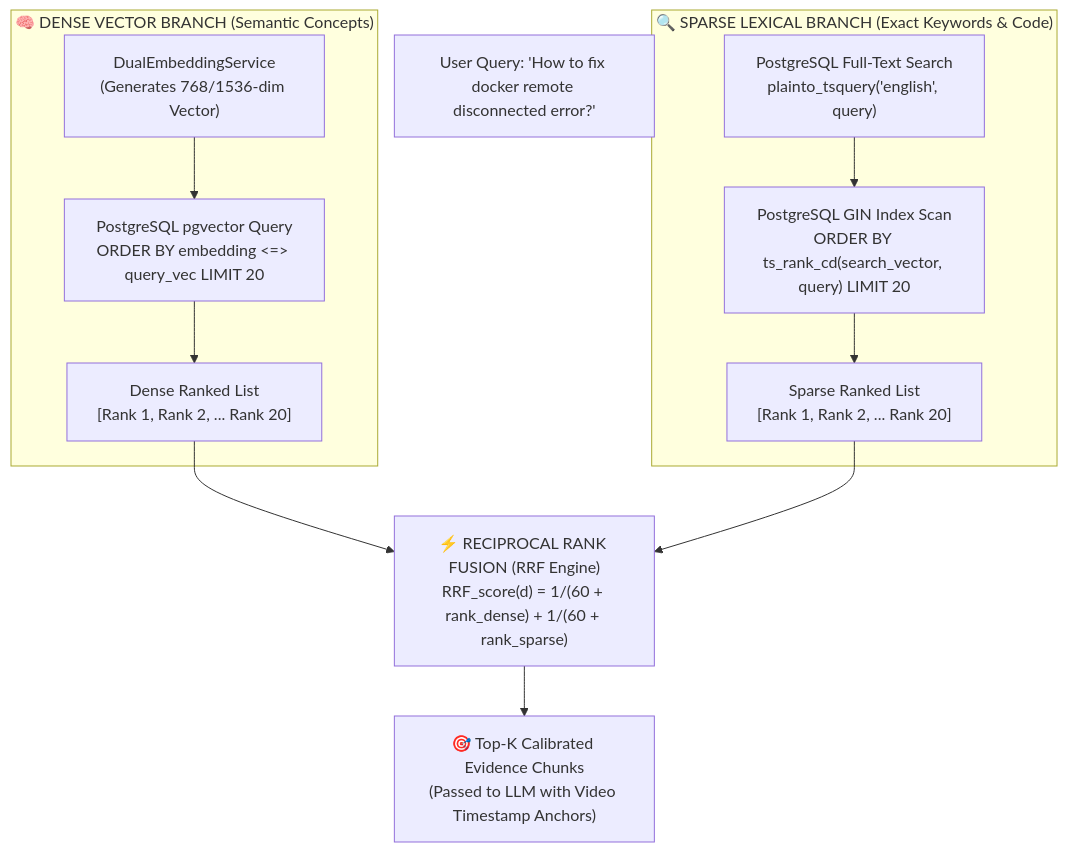
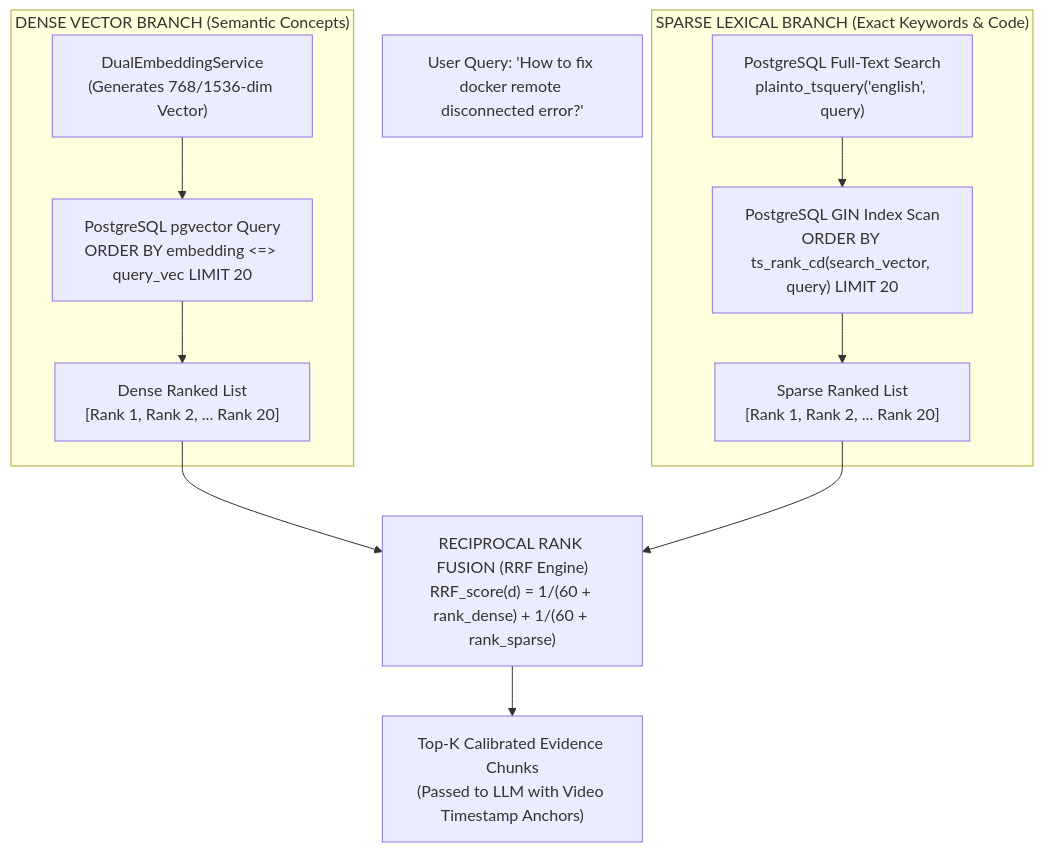
One commit to saketjha34/ResearchTube changed the fourth of 4 diagrams in README.md. Above: the diagram before and after it, drawn with Mermaid. The commit also changed other lines of this file, not shown here.

````diff
--- a/README.md
+++ b/README.md
@@ -203,23 +202,23 @@
 ```mermaid
 flowchart TD
     Q["User Query: 'How to fix docker remote disconnected error?'"]
 
-    subgraph DenseBranch["🧠 DENSE VECTOR BRANCH (Semantic Concepts)"]
+    subgraph DenseBranch[" DENSE VECTOR BRANCH (Semantic Concepts)"]
         Emb["DualEmbeddingService\n(Generates 768/1536-dim Vector)"]
         HNSW["PostgreSQL pgvector Query\nORDER BY embedding <=> query_vec LIMIT 20"]
         DenseList["Dense Ranked List\n[Rank 1, Rank 2, ... Rank 20]"]
         Emb --> HNSW --> DenseList
     end
 
-    subgraph SparseBranch["🔍 SPARSE LEXICAL BRANCH (Exact Keywords & Code)"]
+    subgraph SparseBranch[" SPARSE LEXICAL BRANCH (Exact Keywords & Code)"]
         FTS["PostgreSQL Full-Text Search\nplainto_tsquery('english', query)"]
         GIN["PostgreSQL GIN Index Scan\nORDER BY ts_rank_cd(search_vector, query) LIMIT 20"]
         SparseList["Sparse Ranked List\n[Rank 1, Rank 2, ... Rank 20]"]
         FTS --> GIN --> SparseList
     end
 
-    DenseList --> RRFMerge["⚡ RECIPROCAL RANK FUSION (RRF Engine)\nRRF_score(d) = 1/(60 + rank_dense) + 1/(60 + rank_sparse)"]
+    DenseList --> RRFMerge[" RECIPROCAL RANK FUSION (RRF Engine)\nRRF_score(d) = 1/(60 + rank_dense) + 1/(60 + rank_sparse)"]
     SparseList --> RRFMerge
 
-    RRFMerge --> FinalTopK["🎯 Top-K Calibrated Evidence Chunks\n(Passed to LLM with Video Timestamp Anchors)"]
+    RRFMerge --> FinalTopK[" Top-K Calibrated Evidence Chunks\n(Passed to LLM with Video Timestamp Anchors)"]
 ```
````
